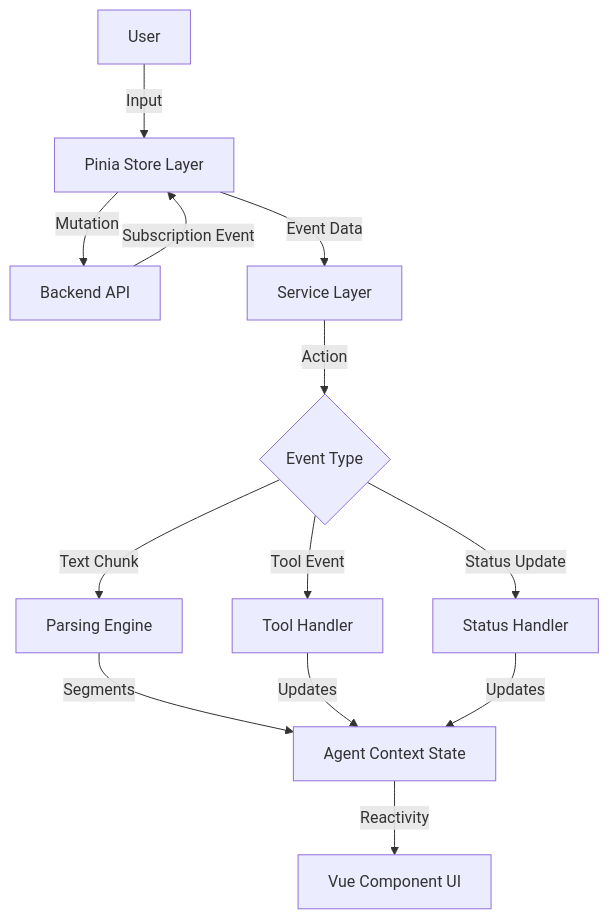
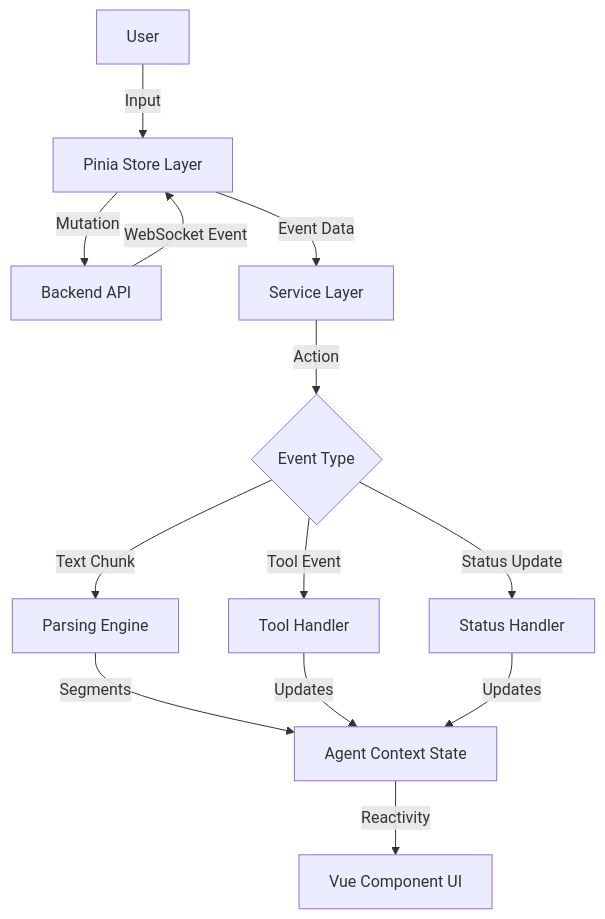
The diagram in docs/agent_execution_architecture.md (AutoByteus/autobyteus-web), drawn with Mermaid before and after one commit. The commit also changed other lines of this file and 23 other files, not shown here.

````diff
--- a/docs/agent_execution_architecture.md
+++ b/docs/agent_execution_architecture.md
@@ -11,18 +11,18 @@
 ```mermaid
 graph TD
     User-->|Input| Store[Pinia Store Layer]
     Store-->|Mutation| Backend[Backend API]
-    Backend-->|Subscription Event| Store
+    Backend-->|WebSocket Event| Store
     Store-->|Event Data| Service[Service Layer]
     Service-->|Action| Router{Event Type}
 
     Router-->|Text Chunk| Parser[Parsing Engine]
     Router-->|Tool Event| Handler1[Tool Handler]
     Router-->|Status Update| Handler2[Status Handler]
 
     Parser-->|Segments| State[Agent Context State]
     Handler1-->|Updates| State
     Handler2-->|Updates| State
 
     State-->|Reactivity| UI[Vue Component UI]
 ```
````
